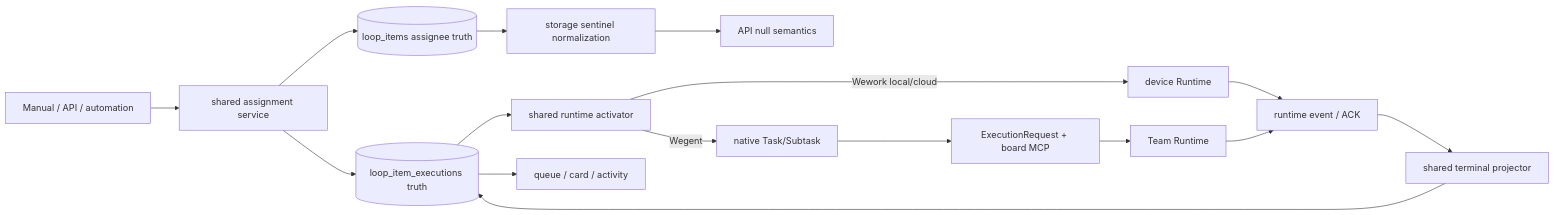
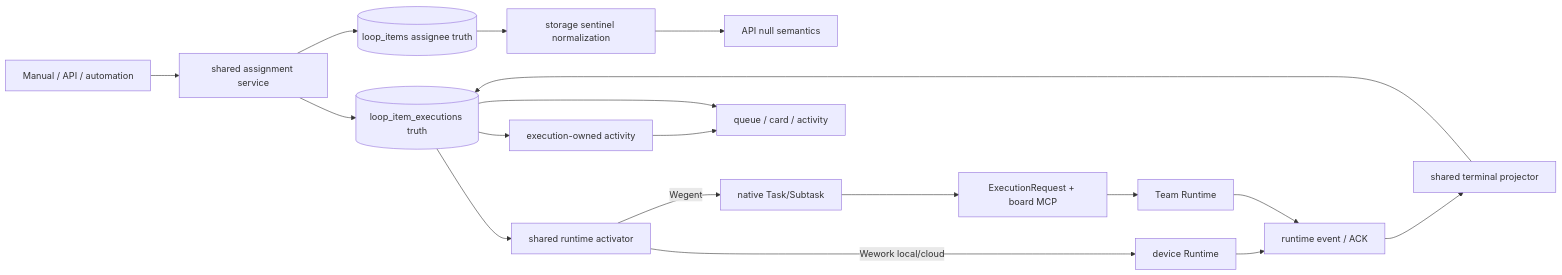
Before and after one commit to wecode-ai/Wegent: the first of 2 diagrams in docs/en/architecture/board-automation.md, drawn with Mermaid. The commit also changed other lines of this file and 23 other files, not shown here.

````diff
--- a/docs/en/architecture/board-automation.md
+++ b/docs/en/architecture/board-automation.md
@@ -9,18 +9,20 @@
 ```mermaid
 flowchart LR
     ENTRY[Manual / API / automation] --> ASSIGN[shared assignment service]
     ASSIGN --> ITEM[(loop_items assignee truth)]
     ITEM --> NORMALIZE[storage sentinel normalization]
     NORMALIZE --> API[API null semantics]
     ASSIGN --> EXEC[(loop_item_executions truth)]
+    EXEC --> ACTIVITY[execution-owned activity]
     EXEC --> ACTIVATE[shared runtime activator]
     ACTIVATE -->|Wework local/cloud| DEVICE[device Runtime]
     ACTIVATE -->|Wegent| TASK[native Task/Subtask]
     TASK --> REQUEST[ExecutionRequest + board MCP]
     REQUEST --> TEAM[Team Runtime]
     DEVICE --> EVENT[runtime event / ACK]
     TEAM --> EVENT
     EVENT --> PROJECT[shared terminal projector]
     PROJECT --> EXEC
-    EXEC --> VIEW[queue / card / activity]
+    ACTIVITY --> VIEW[queue / card / activity]
+    EXEC --> VIEW
 ```
````
